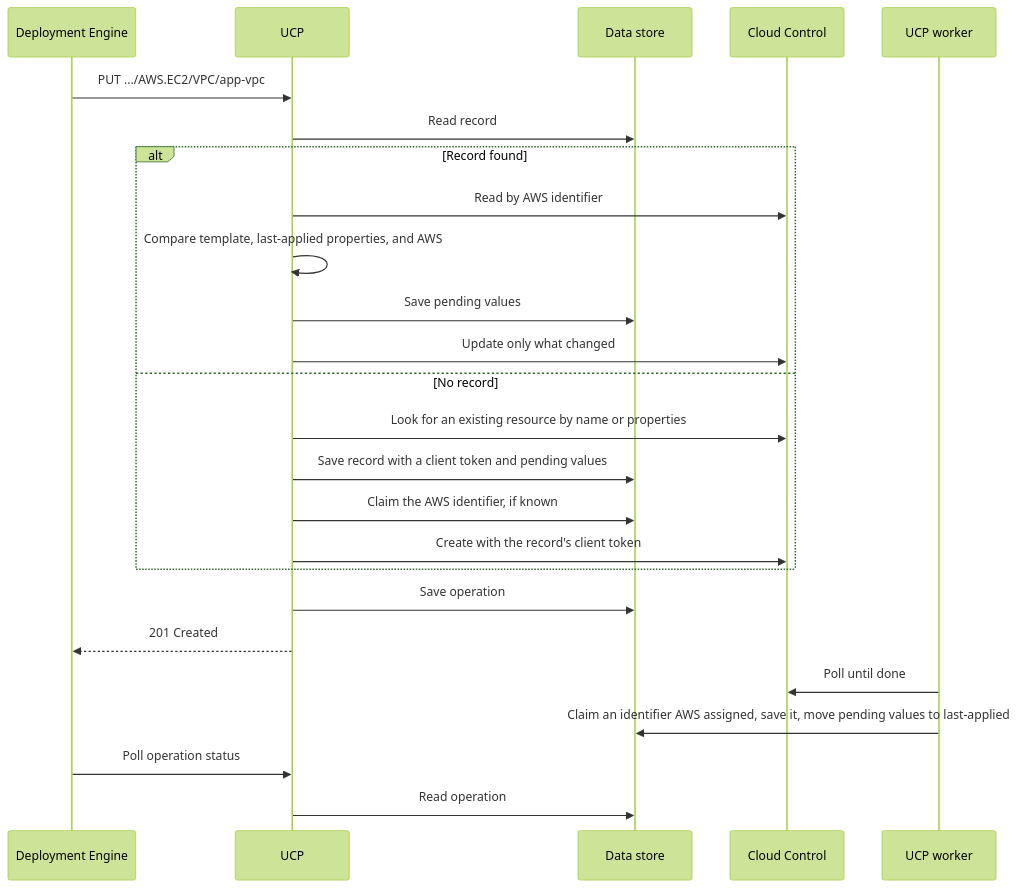
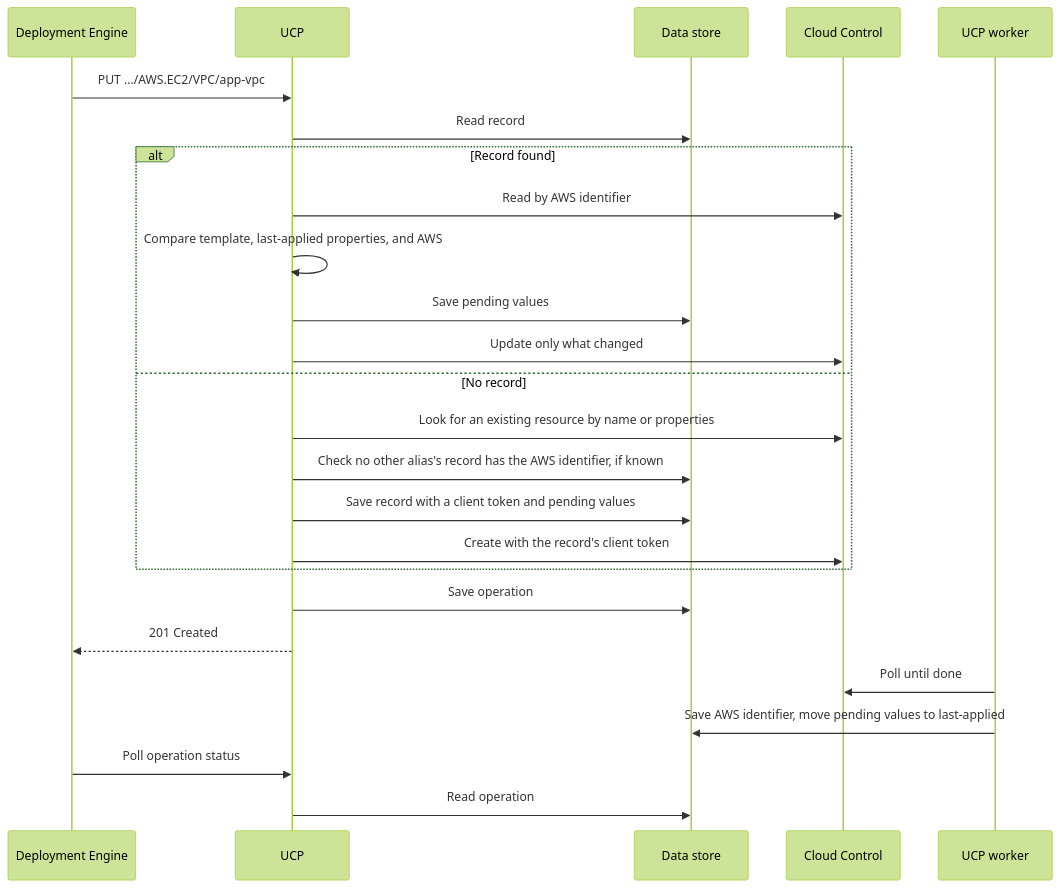
One commit to radius-project/radius changed the third of 4 diagrams in eng/design-notes/ucp/2026-10-idempotent-aws-deployments.md. Above: the diagram before and after it, drawn with Mermaid (forest theme). The commit also changed other lines of this file, not shown here.

First line of the commit message:
docs: replace claims with a record search in the idempotent AWS design

````diff
--- a/eng/design-notes/ucp/2026-10-idempotent-aws-deployments.md
+++ b/eng/design-notes/ucp/2026-10-idempotent-aws-deployments.md
@@ -213,27 +212,27 @@
 ```mermaid
 sequenceDiagram
   participant DE as Deployment Engine
   participant U as UCP
   participant DB as Data store
   participant AWS as Cloud Control
   participant W as UCP worker
   DE->>U: PUT .../AWS.EC2/VPC/app-vpc
   U->>DB: Read record
   alt Record found
     U->>AWS: Read by AWS identifier
     U->>U: Compare template, last-applied properties, and AWS
     U->>DB: Save pending values
     U->>AWS: Update only what changed
   else No record
     U->>AWS: Look for an existing resource by name or properties
+    U->>DB: Check no other alias's record has the AWS identifier, if known
     U->>DB: Save record with a client token and pending values
-    U->>DB: Claim the AWS identifier, if known
     U->>AWS: Create with the record's client token
   end
   U->>DB: Save operation
   U-->>DE: 201 Created
   W->>AWS: Poll until done
-  W->>DB: Claim an identifier AWS assigned, save it, move pending values to last-applied
+  W->>DB: Save AWS identifier, move pending values to last-applied
   DE->>U: Poll operation status
   U->>DB: Read operation
 ```
````
